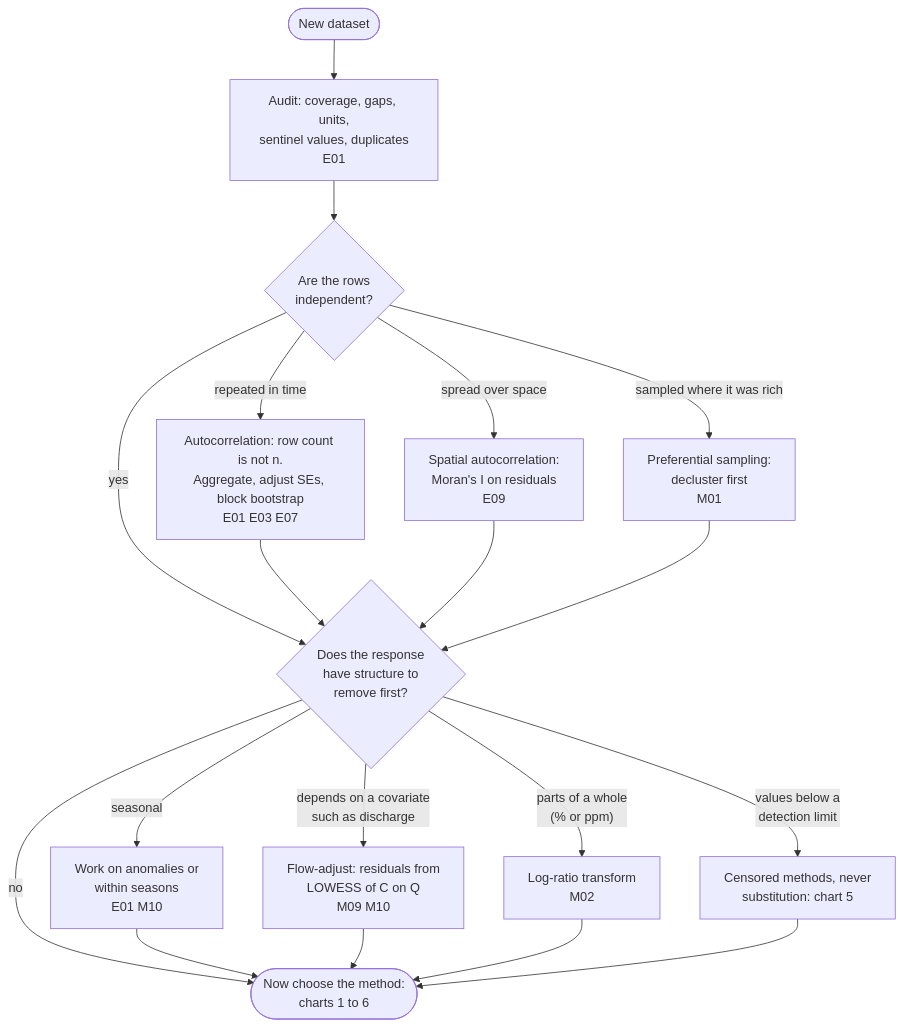
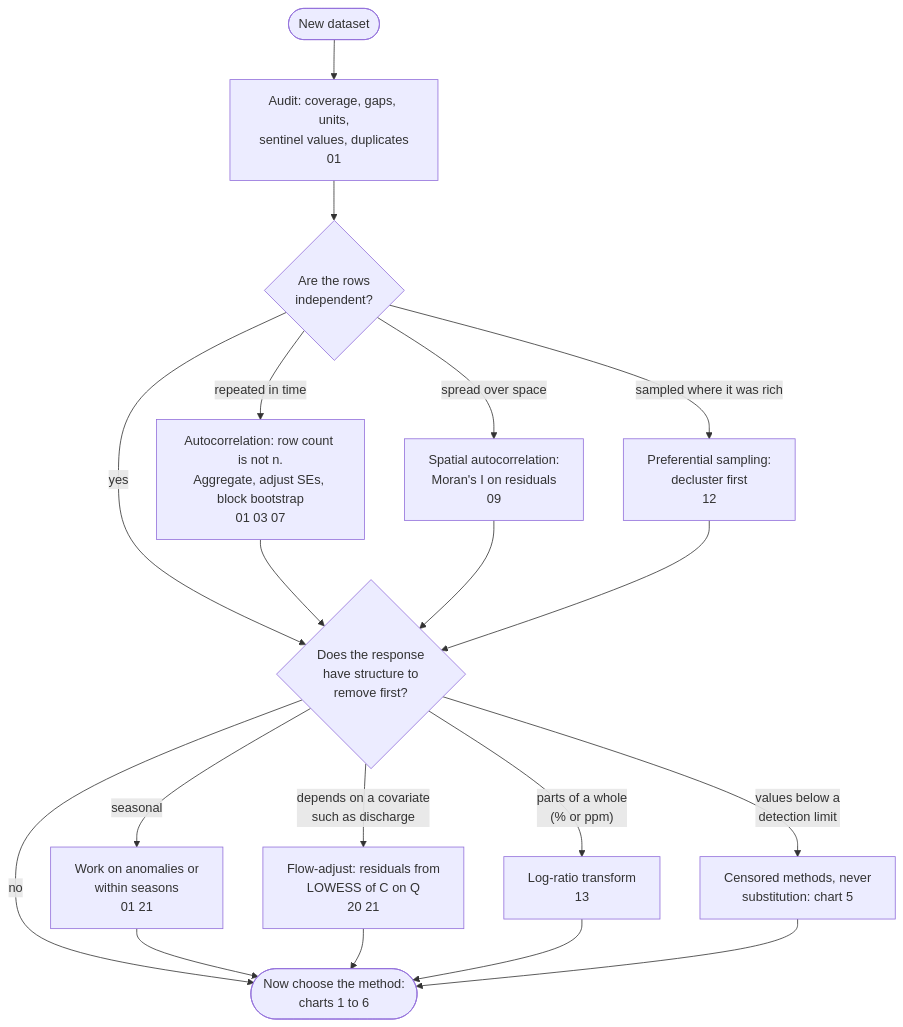
One commit to ethannol/stats-cheatsheet changed the first of 7 diagrams in FLOWCHART.md. Above: the diagram before and after it, drawn with Mermaid. The commit also changed other lines of this file and 31 other files, not shown here.

````diff
--- a/FLOWCHART.md
+++ b/FLOWCHART.md
@@ -21,23 +21,23 @@
 ```mermaid
 flowchart TD
-    A([New dataset]) --> B[Audit: coverage, gaps, units,<br>sentinel values, duplicates<br>E01]
+    A([New dataset]) --> B[Audit: coverage, gaps, units,<br>sentinel values, duplicates<br>01]
     B --> C{Are the rows<br>independent?}
-    C -- "repeated in time" --> D[Autocorrelation: row count is not n.<br>Aggregate, adjust SEs, block bootstrap<br>E01 E03 E07]
-    C -- "spread over space" --> E[Spatial autocorrelation:<br>Moran's I on residuals<br>E09]
-    C -- "sampled where it was rich" --> F[Preferential sampling:<br>decluster first<br>M01]
+    C -- "repeated in time" --> D[Autocorrelation: row count is not n.<br>Aggregate, adjust SEs, block bootstrap<br>01 03 07]
+    C -- "spread over space" --> E[Spatial autocorrelation:<br>Moran's I on residuals<br>09]
+    C -- "sampled where it was rich" --> F[Preferential sampling:<br>decluster first<br>12]
     C -- "yes" --> G
     D --> G
     E --> G
     F --> G
     G{Does the response<br>have structure to<br>remove first?}
-    G -- "seasonal" --> H[Work on anomalies or<br>within seasons<br>E01 M10]
-    G -- "depends on a covariate<br>such as discharge" --> I[Flow-adjust: residuals from<br>LOWESS of C on Q<br>M09 M10]
-    G -- "parts of a whole<br>(% or ppm)" --> J[Log-ratio transform<br>M02]
+    G -- "seasonal" --> H[Work on anomalies or<br>within seasons<br>01 21]
+    G -- "depends on a covariate<br>such as discharge" --> I[Flow-adjust: residuals from<br>LOWESS of C on Q<br>20 21]
+    G -- "parts of a whole<br>(% or ppm)" --> J[Log-ratio transform<br>13]
     G -- "values below a<br>detection limit" --> K[Censored methods, never<br>substitution: chart 5]
     G -- "no" --> L
     H --> L
     I --> L
     J --> L
     K --> L
     L([Now choose the method:<br>charts 1 to 6])
 ```
````
